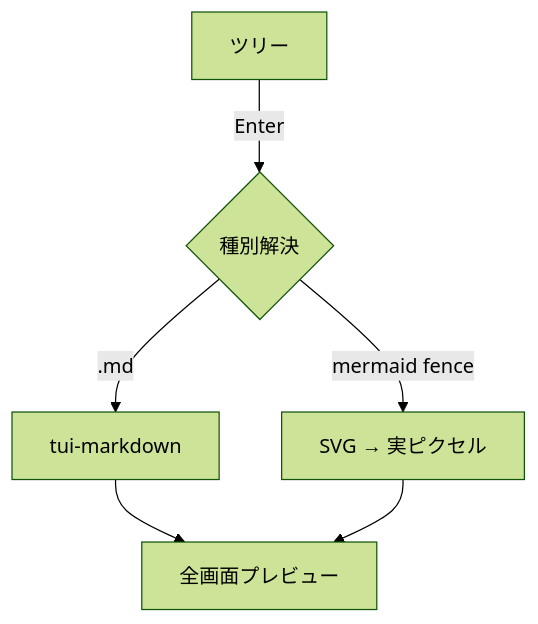
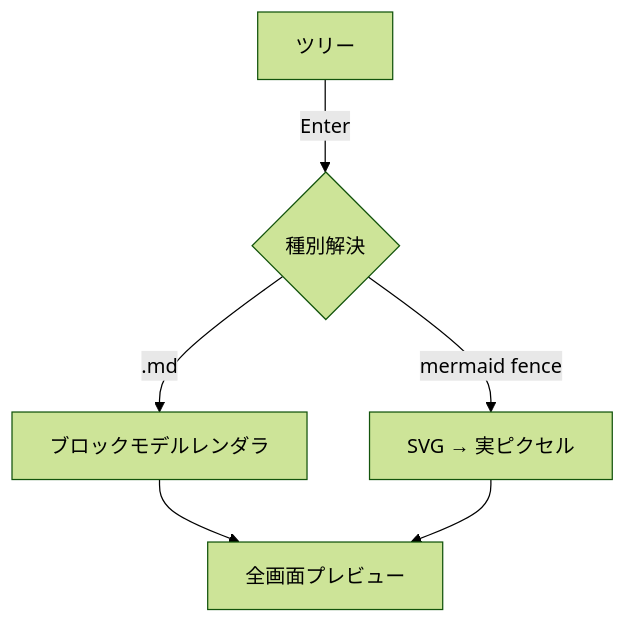
Before and after one commit to LESIM-Co-Ltd/konoma: the diagram in samples/markdown.ja.md, drawn with Mermaid (forest theme). The commit also changed other lines of this file and 17 other files, not shown here.

````diff
--- a/samples/markdown.ja.md
+++ b/samples/markdown.ja.md
@@ -118,8 +118,8 @@
 ```mermaid
 graph TD
   A[ツリー] -->|Enter| B{種別解決}
-  B -->|.md| C[tui-markdown]
+  B -->|.md| C[ブロックモデルレンダラ]
   B -->|mermaid fence| D[SVG → 実ピクセル]
   C --> E[全画面プレビュー]
   D --> E
 ```
````
